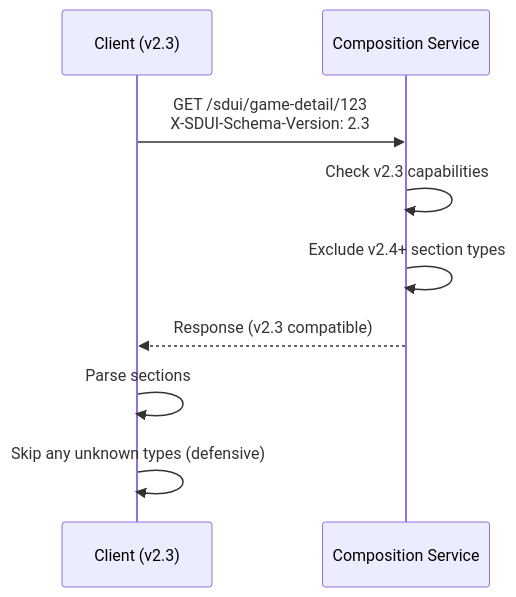
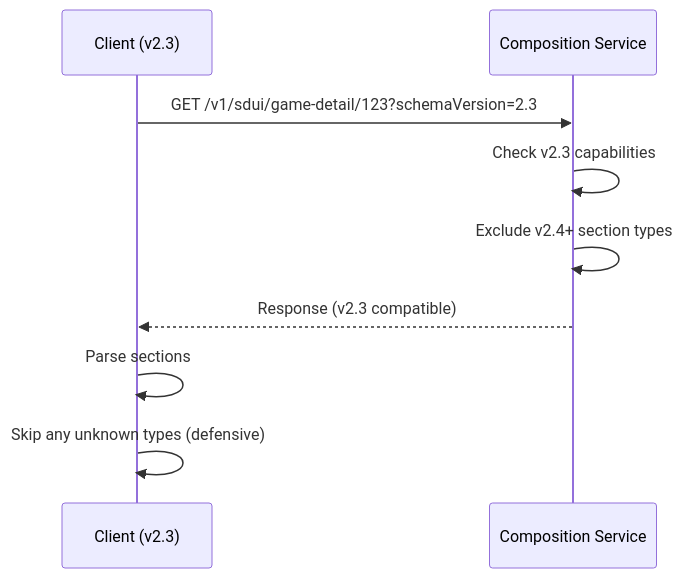
Before and after one commit to bakburner/sdui-learn: diagram 11 of 11 in docs/sdui-requirements-summary.md, drawn with Mermaid. The commit also changed other lines of this file and 43 other files, not shown here.

````diff
--- a/docs/sdui-requirements-summary.md
+++ b/docs/sdui-requirements-summary.md
@@ -818,12 +818,12 @@
 ```mermaid
 sequenceDiagram
     participant App as Client (v2.3)
     participant Server as Composition Service
     
-    App->>Server: GET /sdui/game-detail/123<br/>X-SDUI-Schema-Version: 2.3
+    App->>Server: GET /v1/sdui/game-detail/123?schemaVersion=2.3
     Server->>Server: Check v2.3 capabilities
     Server->>Server: Exclude v2.4+ section types
     Server-->>App: Response (v2.3 compatible)
     App->>App: Parse sections
     App->>App: Skip any unknown types (defensive)
 ```
````
